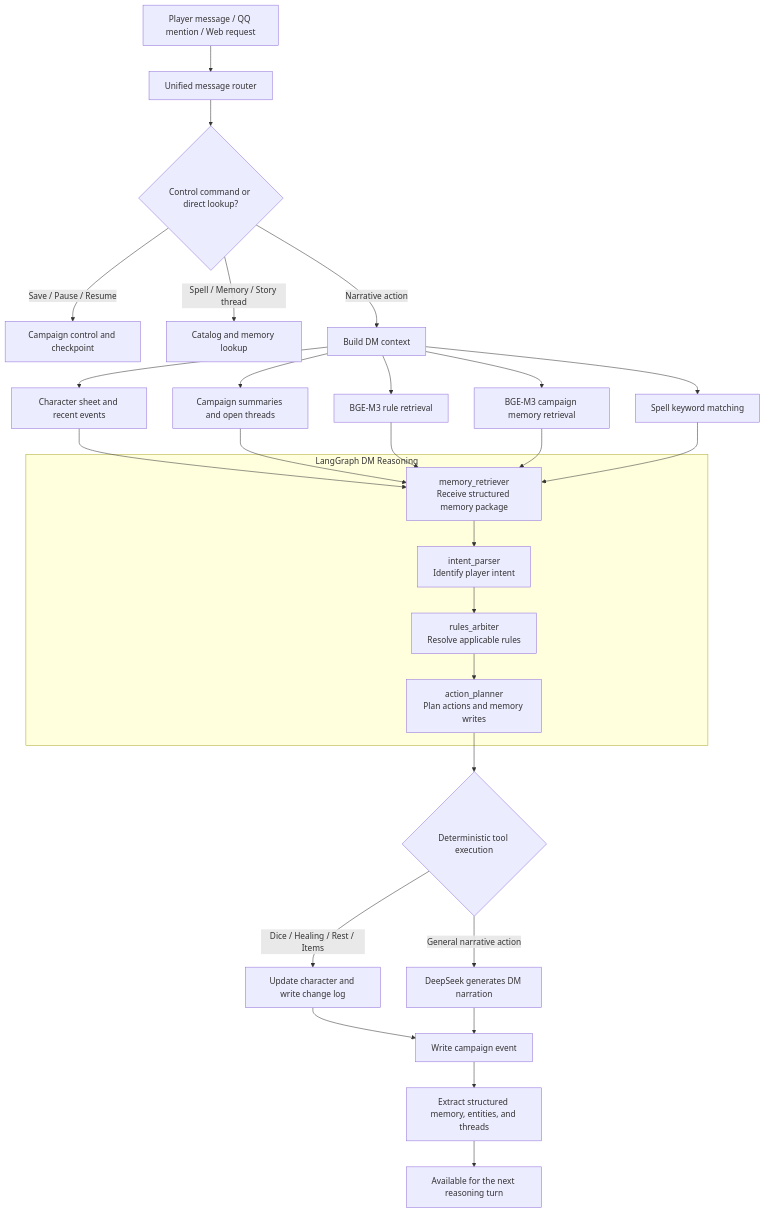
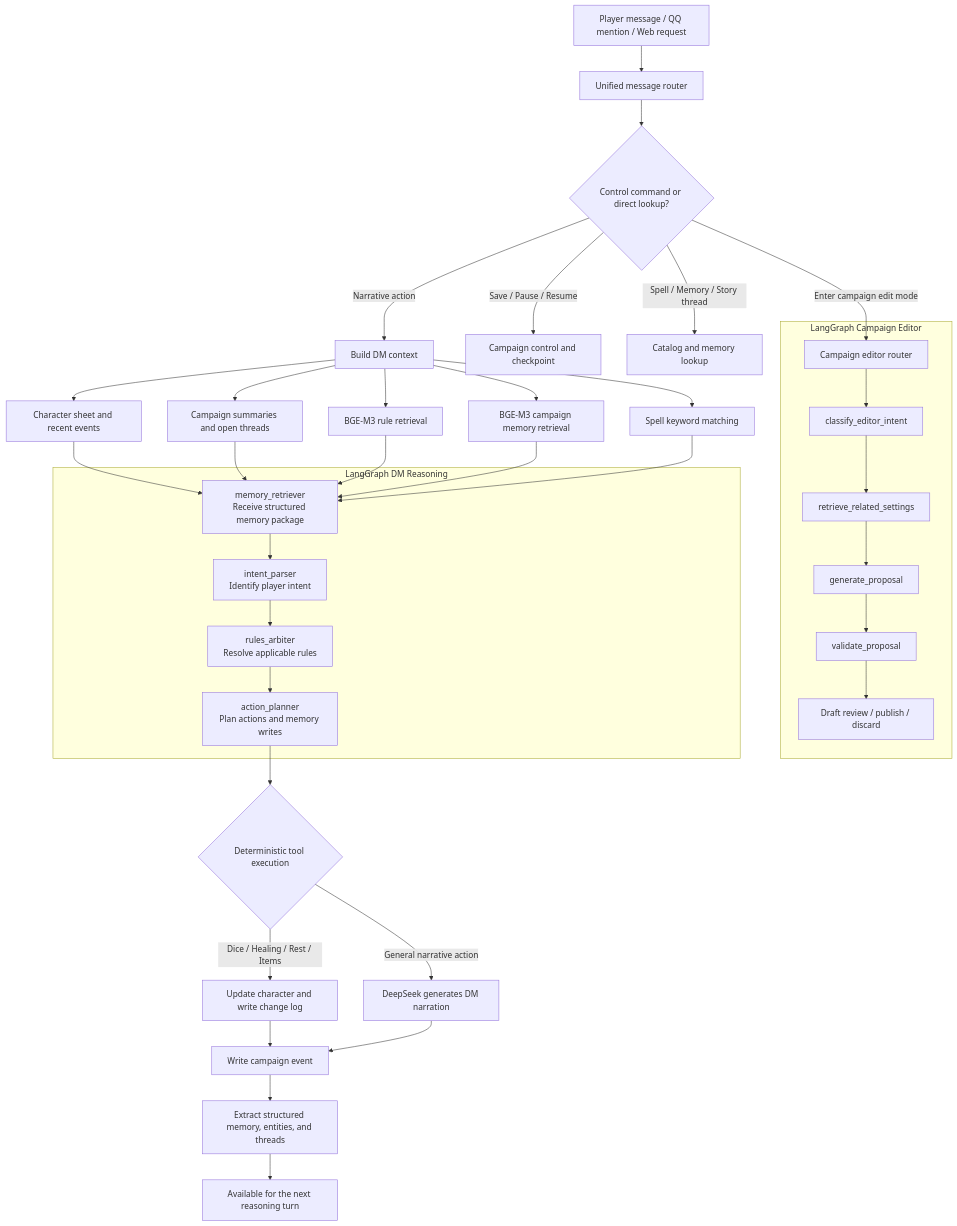
Before and after one commit to dajiaohuang/SagaSmith-agent: the diagram in README.md, drawn with Mermaid. The commit also changed other lines of this file and 12 other files, not shown here.

Commit message:
Add conversational campaign setting editor

````diff
--- a/README.md
+++ b/README.md
@@ -89,35 +99,44 @@
 ```mermaid
 flowchart TD
     A["Player message / QQ mention / Web request"] --> B["Unified message router"]
     B --> C{"Control command or direct lookup?"}
     C -->|"Save / Pause / Resume"| D["Campaign control and checkpoint"]
+    C -->|"Enter campaign edit mode"| Q["Campaign editor router"]
     C -->|"Spell / Memory / Story thread"| E["Catalog and memory lookup"]
     C -->|"Narrative action"| F["Build DM context"]
+
+    subgraph CE["LangGraph Campaign Editor"]
+        Q --> Q1["classify_editor_intent"]
+        Q1 --> Q2["retrieve_related_settings"]
+        Q2 --> Q3["generate_proposal"]
+        Q3 --> Q4["validate_proposal"]
+        Q4 --> Q5["Draft review / publish / discard"]
+    end
 
     F --> F1["Character sheet and recent events"]
     F --> F2["Campaign summaries and open threads"]
     F --> F3["BGE-M3 rule retrieval"]
     F --> F4["BGE-M3 campaign memory retrieval"]
     F --> F5["Spell keyword matching"]
 
     F1 --> G
     F2 --> G
     F3 --> G
     F4 --> G
     F5 --> G
 
     subgraph LG["LangGraph DM Reasoning"]
         G["memory_retriever<br/>Receive structured memory package"]
         G --> H["intent_parser<br/>Identify player intent"]
         H --> I["rules_arbiter<br/>Resolve applicable rules"]
         I --> J["action_planner<br/>Plan actions and memory writes"]
     end
 
     J --> K{"Deterministic tool execution"}
     K -->|"Dice / Healing / Rest / Items"| L["Update character and write change log"]
     K -->|"General narrative action"| M["DeepSeek generates DM narration"]
     L --> N["Write campaign event"]
     M --> N
     N --> O["Extract structured memory, entities, and threads"]
     O --> P["Available for the next reasoning turn"]
 ```
````
